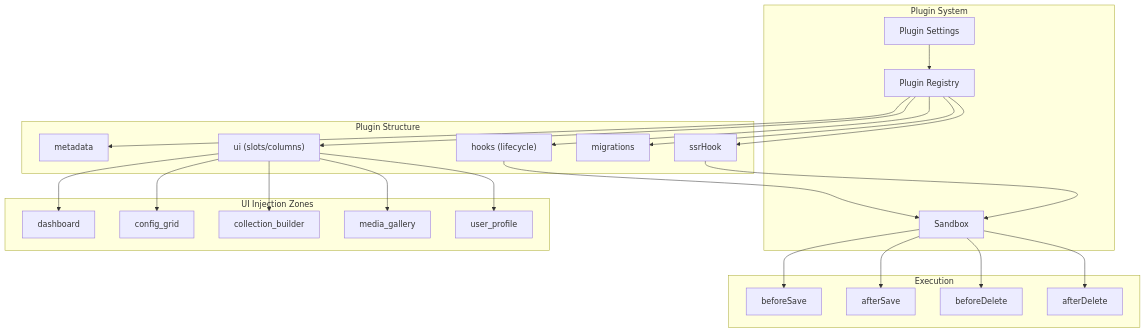
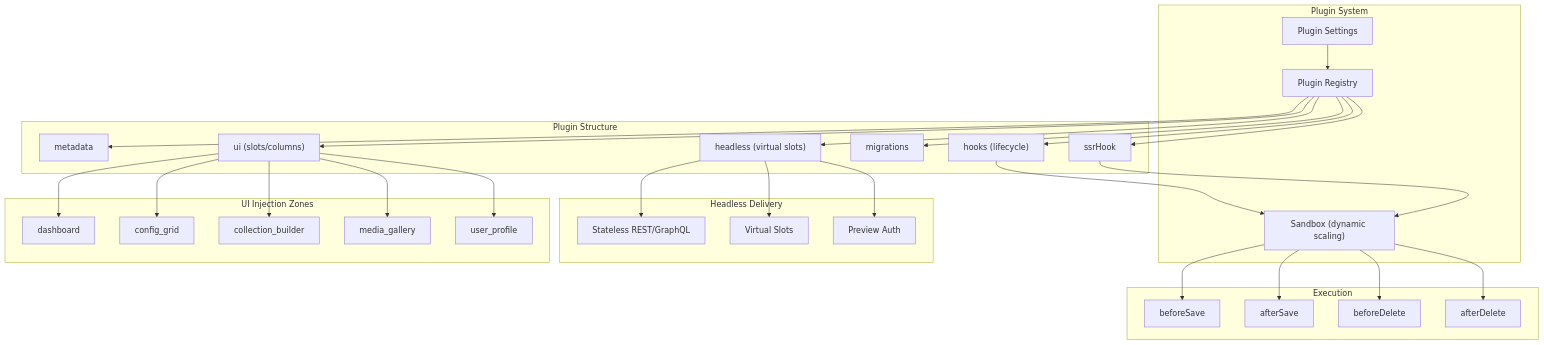
One commit to SveltyCMS/SveltyCMS changed the diagram in docs/guides/development/plugin/development.mdx. Above: the diagram before and after it, drawn with Mermaid. The commit also changed other lines of this file and 19 other files, not shown here.

````diff
--- a/docs/guides/development/plugin/development.mdx
+++ b/docs/guides/development/plugin/development.mdx
@@ -23,38 +24,46 @@
 ```mermaid
 graph TB
     subgraph "Plugin System"
         R["Plugin Registry"]
         S["Plugin Settings"]
-        SB["Sandbox"]
+        SB["Sandbox (dynamic scaling)"]
     end
 
     subgraph "Plugin Structure"
         M["metadata"]
         H["hooks (lifecycle)"]
         U["ui (slots/columns)"]
         MG["migrations"]
         SR["ssrHook"]
+        HL["headless (virtual slots)"]
     end
 
     subgraph "Execution"
         BF["beforeSave"]
         AF["afterSave"]
         BD["beforeDelete"]
         AD["afterDelete"]
+    end
+
+    subgraph "Headless Delivery"
+        API["Stateless REST/GraphQL"]
+        VS["Virtual Slots"]
+        PA["Preview Auth"]
     end
 
     subgraph "UI Injection Zones"
         D["dashboard"]
         SID["config_grid"]
         EE["collection_builder"]
         CFG["media_gallery"]
         ELA["user_profile"]
     end
 
     R --> M
     R --> H --> SB --> BF & AF & BD & AD
     R --> U --> D & SID & EE & CFG & ELA
     R --> MG
+    R --> HL --> VS & PA & API
     R --> SR --> SB
     S --> R
 ```
````
